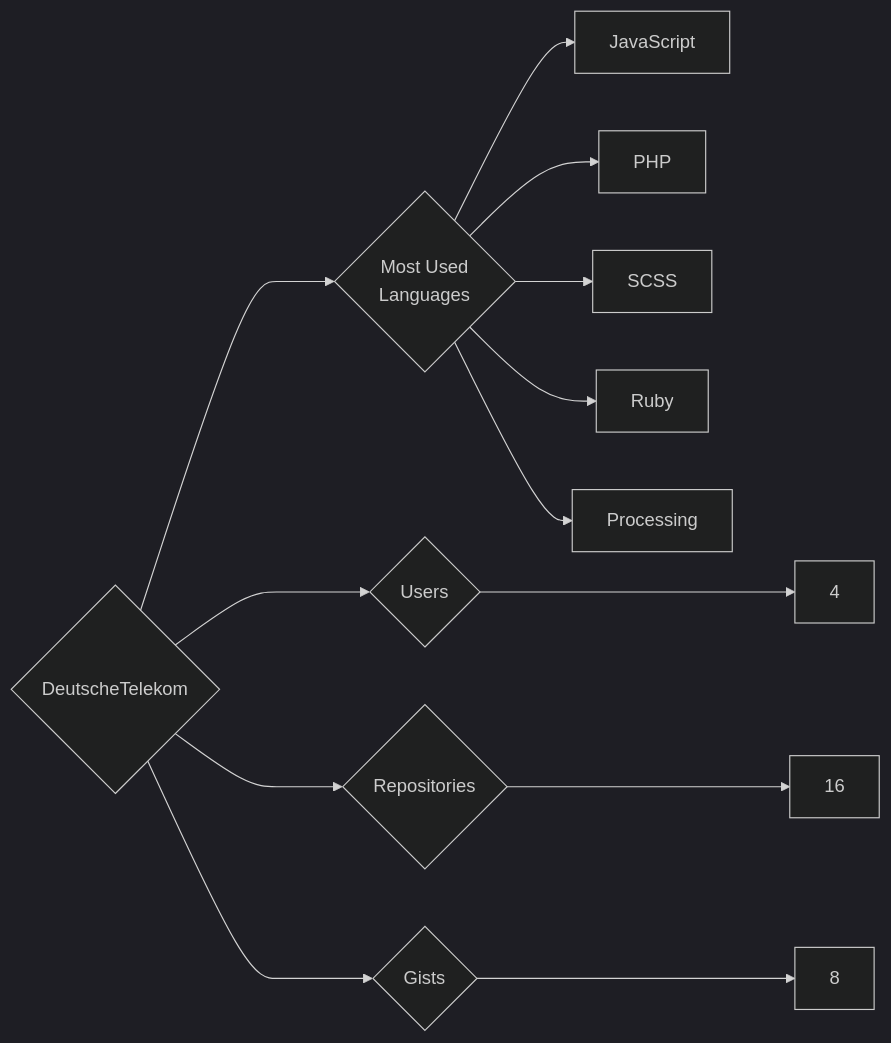
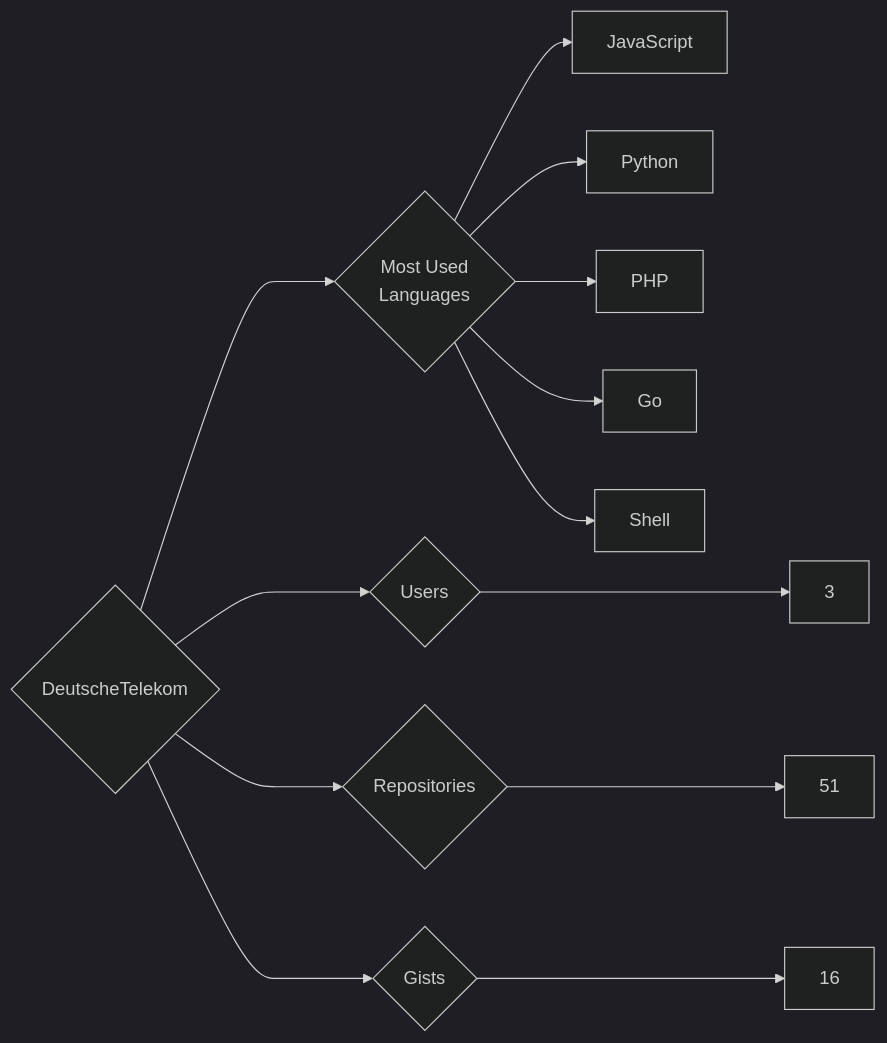
Before and after one commit to trickest/insiders: the diagram in targets/DeutscheTelekom/README.md, drawn with Mermaid (dark theme). The commit also changed 857 other files, not shown here.

````diff
--- a/targets/DeutscheTelekom/README.md
+++ b/targets/DeutscheTelekom/README.md
@@ -3,13 +3,13 @@
 ```mermaid
 graph LR
 COMPANY_NAME{DeutscheTelekom}
-COMPANY_NAME ---> U{Users} ---> UN[4]
-COMPANY_NAME ---> R{Repositories} ---> RN[16]
-COMPANY_NAME ---> G{Gists} ---> GN[8]
+COMPANY_NAME ---> U{Users} ---> UN[3]
+COMPANY_NAME ---> R{Repositories} ---> RN[51]
+COMPANY_NAME ---> G{Gists} ---> GN[16]
 COMPANY_NAME ---> ML{Most Used<br>Languages}
 ML --> JavaScript[JavaScript]
+ML --> Python[Python]
 ML --> PHP[PHP]
-ML --> SCSS[SCSS]
-ML --> Ruby[Ruby]
-ML --> Processing[Processing]
+ML --> Go[Go]
+ML --> Shell[Shell]
 ```
````
